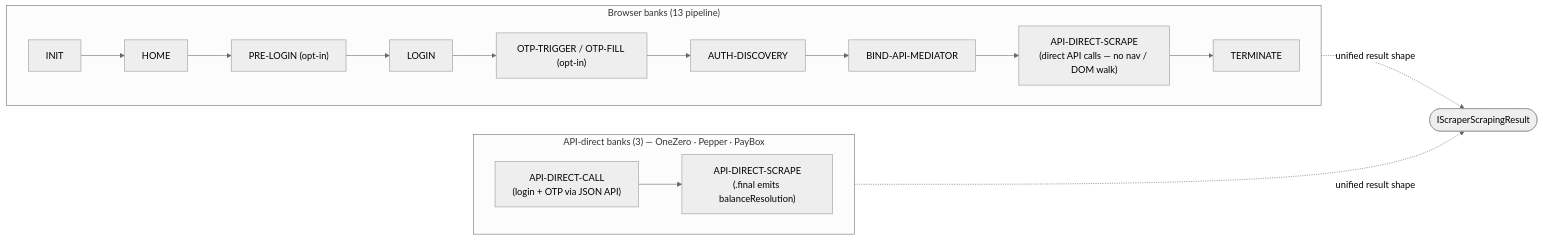
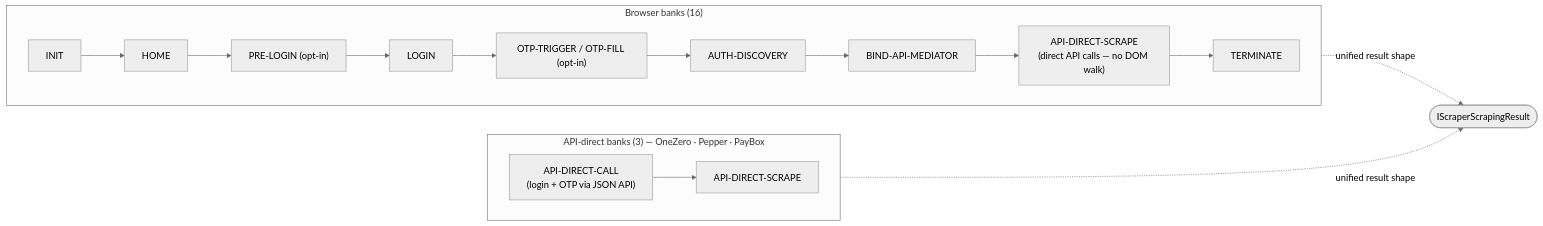
One commit to sergienko4/israeli-bank-scrapers changed the diagram in README.md. Above: the diagram before and after it, drawn with Mermaid (neutral theme). The commit also changed other lines of this file and 4 other files, not shown here.

````diff
--- a/README.md
+++ b/README.md
@@ -31,21 +212,21 @@
 ```mermaid
 flowchart LR
-    subgraph BB["Browser banks (13 pipeline)"]
+    subgraph BB["Browser banks (16)"]
       direction LR
       INIT --> HOME --> PRELOGIN["PRE-LOGIN (opt-in)"]
       PRELOGIN --> LOGIN
       LOGIN --> OTP["OTP-TRIGGER / OTP-FILL (opt-in)"]
       OTP --> AUTH["AUTH-DISCOVERY"]
       AUTH --> BIND["BIND-API-MEDIATOR"]
-      BIND --> SCRAPE["API-DIRECT-SCRAPE<br/>(direct API calls — no nav / DOM walk)"]
+      BIND --> SCRAPE["API-DIRECT-SCRAPE<br/>(direct API calls — no DOM walk)"]
       SCRAPE --> TERM["TERMINATE"]
     end
 
     subgraph API["API-direct banks (3) — OneZero · Pepper · PayBox"]
       direction LR
-      CALL["API-DIRECT-CALL<br/>(login + OTP via JSON API)"] --> SCR["API-DIRECT-SCRAPE<br/>(.final emits balanceResolution)"]
+      CALL["API-DIRECT-CALL<br/>(login + OTP via JSON API)"] --> SCR["API-DIRECT-SCRAPE"]
     end
 
     BB -.->|"unified result shape"| RESULT(["IScraperScrapingResult"])
     API -.->|"unified result shape"| RESULT
 ```
````
